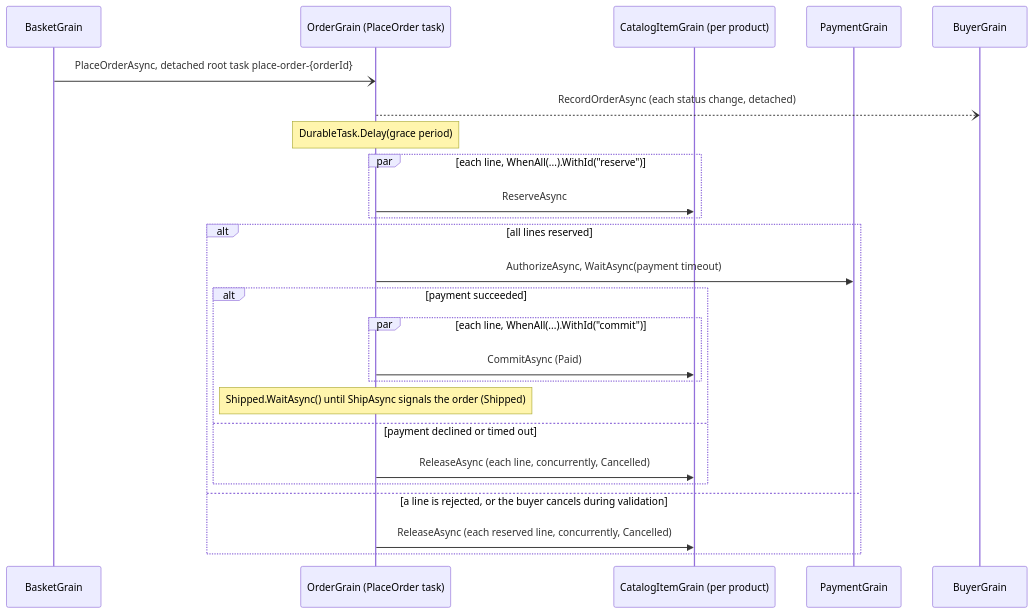
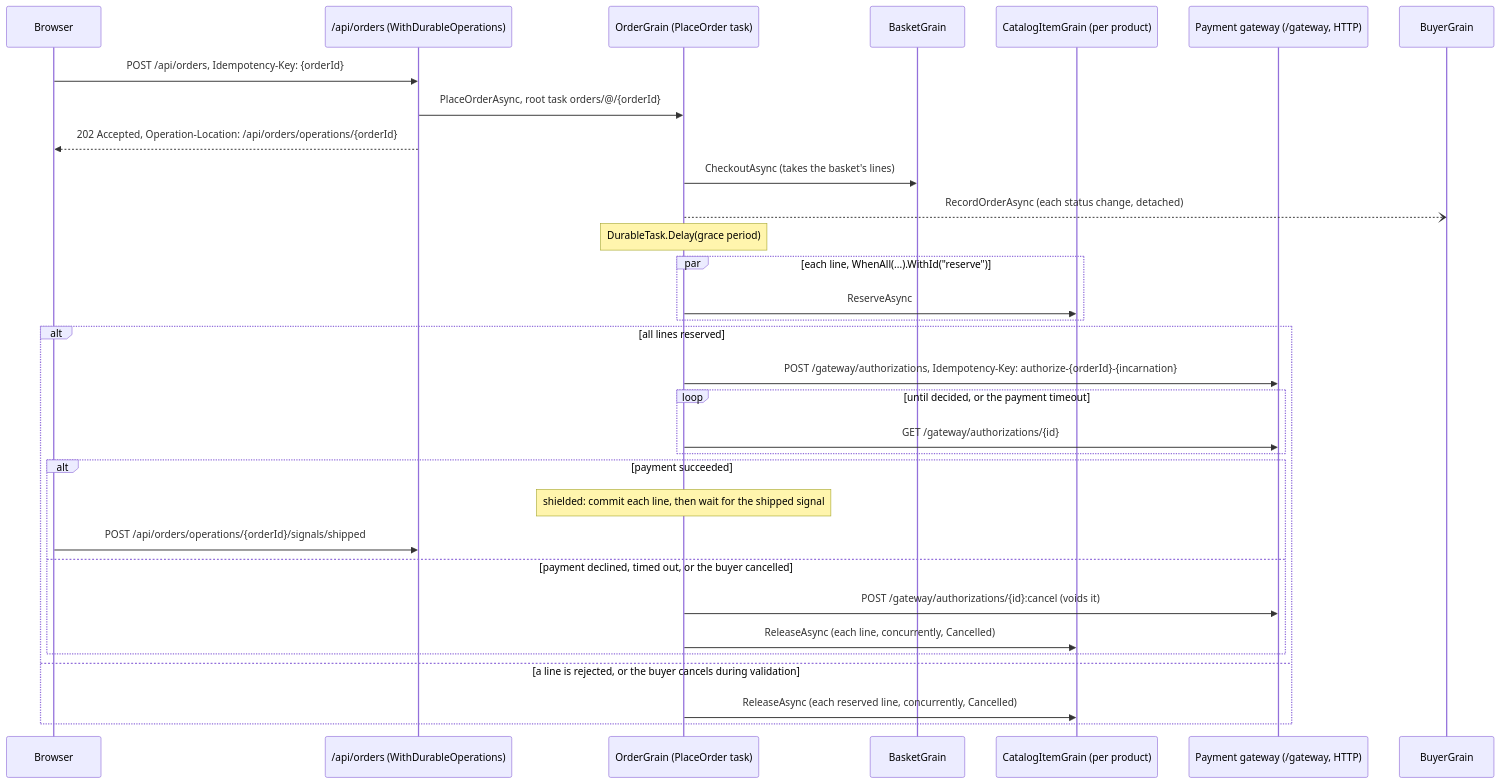
One commit to dotnet/orleans changed the diagram in playground/DurableOrderProcessing/README.md. Above: the diagram before and after it, drawn with Mermaid. The commit also changed other lines of this file and 60 other files, not shown here.

Commit message:
feat(durable-http): expose durable tasks over HTTP with end-to-end idempotency (#11517)

````diff
--- a/playground/DurableOrderProcessing/README.md
+++ b/playground/DurableOrderProcessing/README.md
@@ -16,27 +17,34 @@
 ```mermaid
 sequenceDiagram
+    participant Browser
+    participant Api as /api/orders (WithDurableOperations)
+    participant Order as OrderGrain (PlaceOrder task)
     participant Basket as BasketGrain
-    participant Order as OrderGrain (PlaceOrder task)
     participant Catalog as CatalogItemGrain (per product)
-    participant Payment as PaymentGrain
+    participant Gateway as Payment gateway (/gateway, HTTP)
     participant Buyer as BuyerGrain
-    Basket-)Order: PlaceOrderAsync, detached root task place-order-{orderId}
+    Browser->>Api: POST /api/orders, Idempotency-Key: {orderId}
+    Api->>Order: PlaceOrderAsync, root task orders/@/{orderId}
+    Api-->>Browser: 202 Accepted, Operation-Location: /api/orders/operations/{orderId}
+    Order->>Basket: CheckoutAsync (takes the basket's lines)
     Order--)Buyer: RecordOrderAsync (each status change, detached)
     Note over Order: DurableTask.Delay(grace period)
     par each line, WhenAll(...).WithId("reserve")
         Order->>Catalog: ReserveAsync
     end
     alt all lines reserved
-        Order->>Payment: AuthorizeAsync, WaitAsync(payment timeout)
+        Order->>Gateway: POST /gateway/authorizations, Idempotency-Key: authorize-{orderId}-{incarnation}
+        loop until decided, or the payment timeout
+            Order->>Gateway: GET /gateway/authorizations/{id}
+        end
         alt payment succeeded
-            par each line, WhenAll(...).WithId("commit")
-                Order->>Catalog: CommitAsync (Paid)
-            end
-            Note over Order: Shipped.WaitAsync() until ShipAsync signals the order (Shipped)
-        else payment declined or timed out
+            Note over Order: shielded: commit each line, then wait for the shipped signal
+            Browser->>Api: POST /api/orders/operations/{orderId}/signals/shipped
+        else payment declined, timed out, or the buyer cancelled
+            Order->>Gateway: POST /gateway/authorizations/{id}:cancel (voids it)
             Order->>Catalog: ReleaseAsync (each line, concurrently, Cancelled)
         end
     else a line is rejected, or the buyer cancels during validation
         Order->>Catalog: ReleaseAsync (each reserved line, concurrently, Cancelled)
     end
 ```
````
